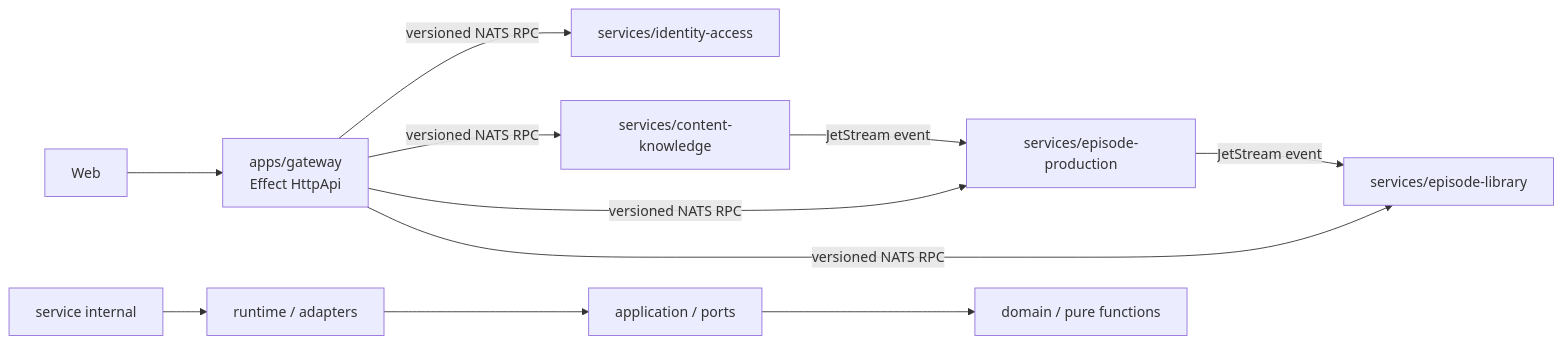
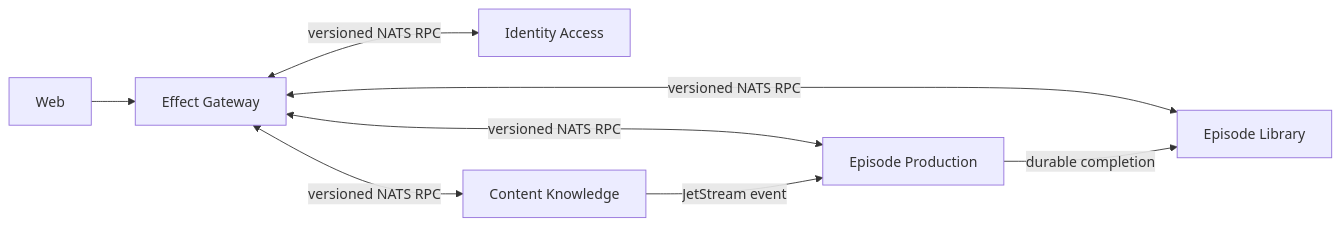
The first of 3 diagrams in docs/functional-ddd-migration.md (r4ai/news-podcast), drawn with Mermaid before and after one commit. The commit also changed other lines of this file and 8 other files, not shown here.

Commit message:
docs(architecture): record legacy removal

````diff
--- a/docs/functional-ddd-migration.md
+++ b/docs/functional-ddd-migration.md
@@ -14,13 +11,10 @@
 ```mermaid
 flowchart LR
-  Web["Web"] --> Gateway["apps/gateway<br/>Effect HttpApi"]
-  Gateway -->|"versioned NATS RPC"| Identity["services/identity-access"]
-  Gateway -->|"versioned NATS RPC"| Content["services/content-knowledge"]
-  Gateway -->|"versioned NATS RPC"| Production["services/episode-production"]
-  Gateway -->|"versioned NATS RPC"| Library["services/episode-library"]
+  Web["Web"] --> Gateway["Effect Gateway"]
+  Gateway <-->|"versioned NATS RPC"| Identity["Identity Access"]
+  Gateway <-->|"versioned NATS RPC"| Content["Content Knowledge"]
+  Gateway <-->|"versioned NATS RPC"| Production["Episode Production"]
+  Gateway <-->|"versioned NATS RPC"| Library["Episode Library"]
   Content -->|"JetStream event"| Production
-  Production -->|"JetStream event"| Library
-  Services["service internal"] --> Runtime["runtime / adapters"]
-  Runtime --> Application["application / ports"]
-  Application --> Domain["domain / pure functions"]
+  Production -->|"durable completion"| Library
 ```
````
